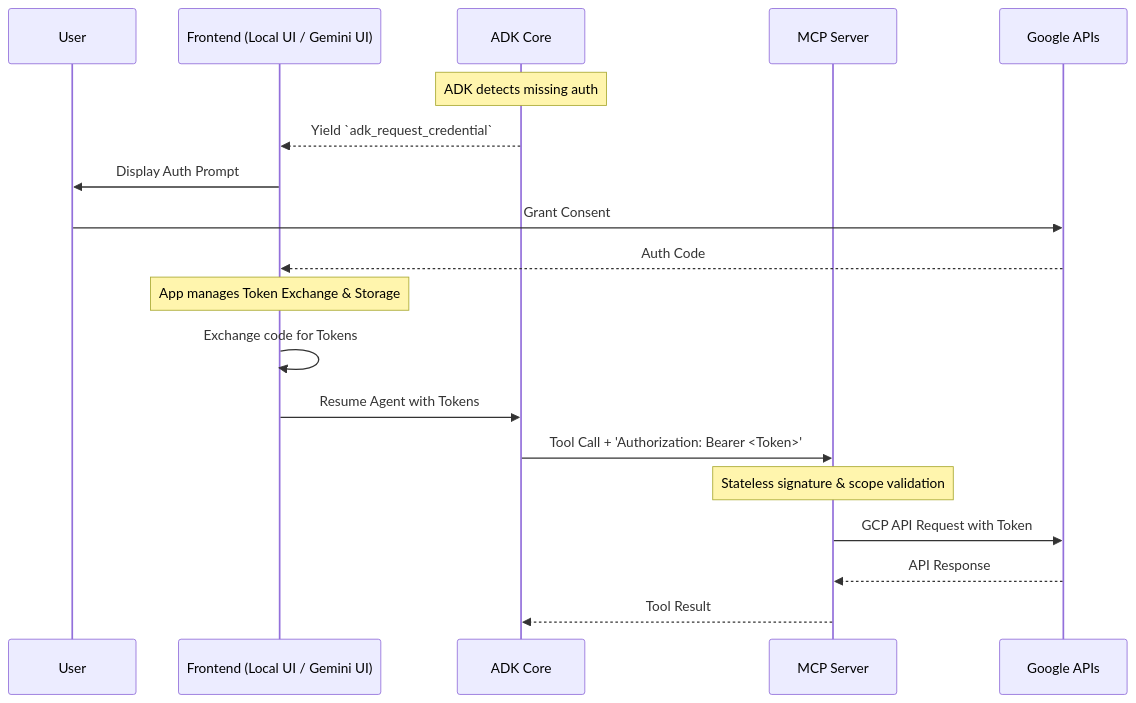
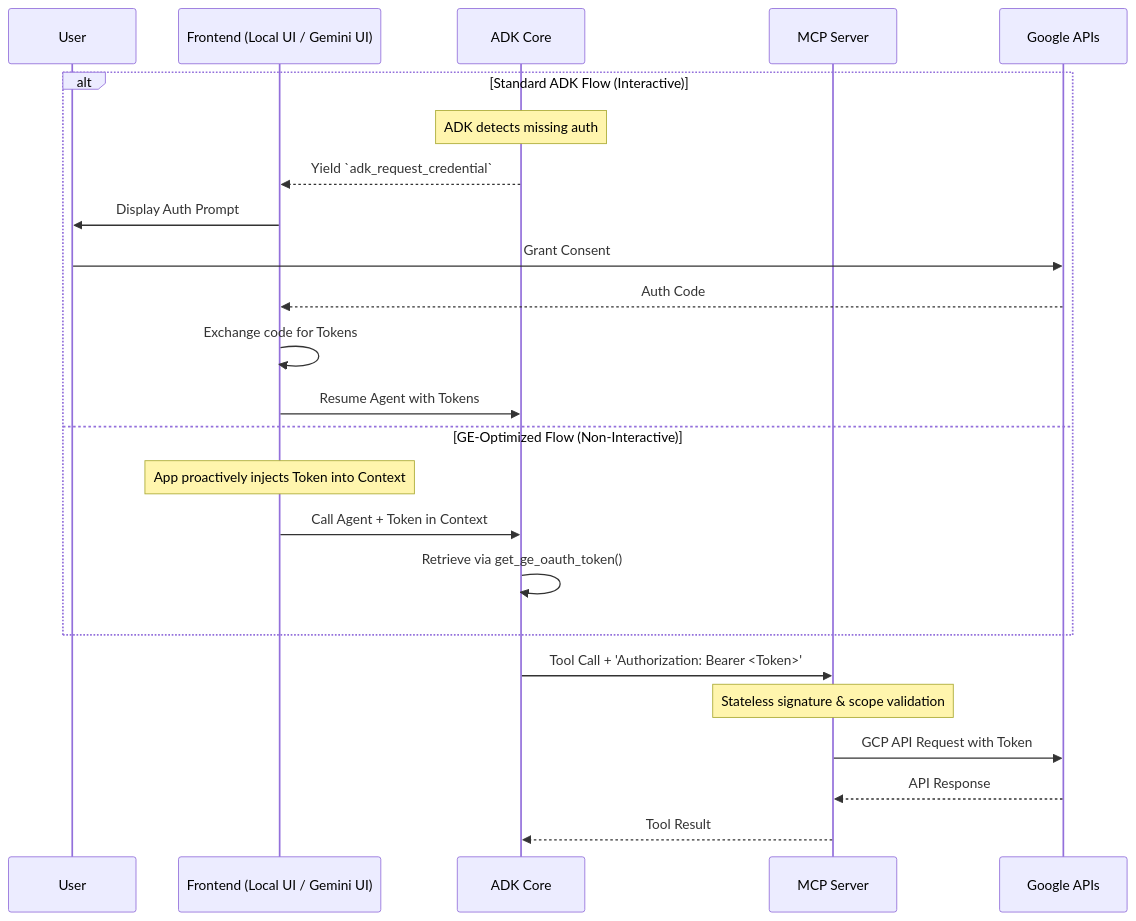
One commit to eamadorm-endava/Research-Agent changed the diagram in docs/Authentication/03-OAuth-Flow.md. Above: the diagram before and after it, drawn with Mermaid. The commit also changed other lines of this file and 8 other files, not shown here.

Commit message:
Modify md documentation files to update with the current GE incompatibility with the ADK OAuth flow

````diff
--- a/docs/Authentication/03-OAuth-Flow.md
+++ b/docs/Authentication/03-OAuth-Flow.md
@@ -65,22 +85,28 @@
 ```mermaid
 sequenceDiagram
     participant User
     participant App as Frontend (Local UI / Gemini UI)
     participant Agent as ADK Core
     participant MCP as MCP Server
     participant Google as Google APIs
 
-    Note over Agent: ADK detects missing auth
-    Agent-->>App: Yield `adk_request_credential`
-    App->>User: Display Auth Prompt
-    User->>Google: Grant Consent
-    Google-->>App: Auth Code
-    Note over App: App manages Token Exchange & Storage
-    App->>App: Exchange code for Tokens
-    App->>Agent: Resume Agent with Tokens
+    alt Standard ADK Flow (Interactive)
+        Note over Agent: ADK detects missing auth
+        Agent-->>App: Yield `adk_request_credential`
+        App->>User: Display Auth Prompt
+        User->>Google: Grant Consent
+        Google-->>App: Auth Code
+        App->>App: Exchange code for Tokens
+        App->>Agent: Resume Agent with Tokens
+    else GE-Optimized Flow (Non-Interactive)
+        Note over App: App proactively injects Token into Context
+        App->>Agent: Call Agent + Token in Context
+        Agent->>Agent: Retrieve via get_ge_oauth_token()
+    end
+
     Agent->>MCP: Tool Call + 'Authorization: Bearer <Token>'
     Note over MCP: Stateless signature & scope validation
     MCP->>Google: GCP API Request with Token
     Google-->>MCP: API Response
     MCP-->>Agent: Tool Result
 ```
````
